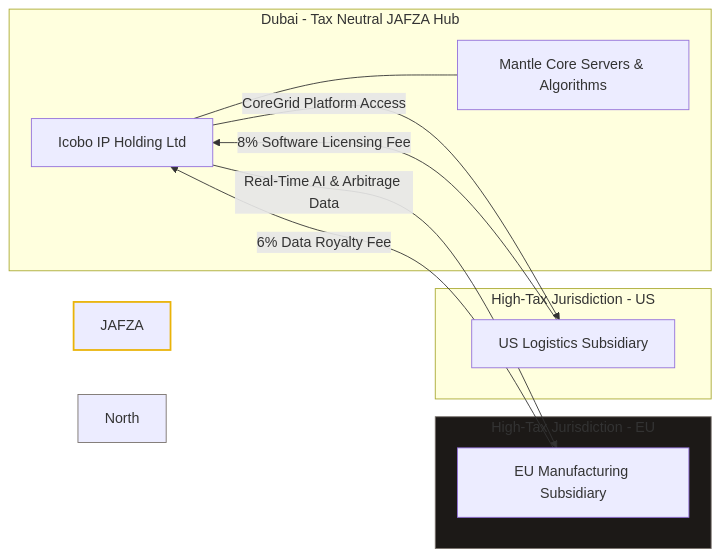
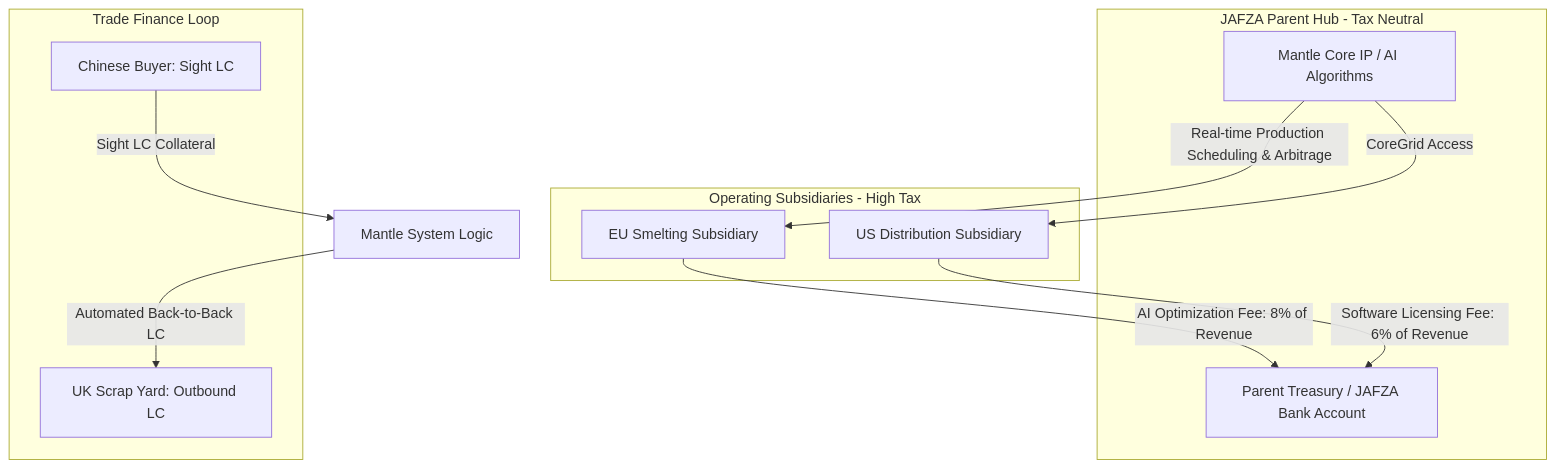
One commit to salmanfaris732732-dev/Mantle- changed the third of 3 diagrams in Mantle_Project_Report.md. Above: the diagram before and after it, drawn with Mermaid. The commit also changed other lines of this file, not shown here.

Commit message:
Completely rewrite and expand Mantle Project Report with full operational and financial data

````diff
--- a/Mantle_Project_Report.md
+++ b/Mantle_Project_Report.md
@@ -183,24 +212,28 @@
 ```mermaid
-graph LR
-    subgraph JAFZA Hub [Dubai - Tax Neutral JAFZA Hub]
-        HQ[Icobo IP Holding Ltd]
-        Server[Mantle Core Servers & Algorithms]
-        HQ --- Server
+graph TD
+    %% Define Nodes
+    subgraph JAFZA [JAFZA Parent Hub - Tax Neutral]
+        IP[Mantle Core IP / AI Algorithms]
+        Bank[Parent Treasury / JAFZA Bank Account]
     end
 
-    subgraph Europe [High-Tax Jurisdiction - EU]
-        Sub1[EU Manufacturing Subsidiary]
-        Sub1 -->|6% Data Royalty Fee| HQ
-        HQ -->|Real-Time AI & Arbitrage Data| Sub1
+    subgraph HighTax [Operating Subsidiaries - High Tax]
+        Sub1[EU Smelting Subsidiary]
+        Sub2[US Distribution Subsidiary]
     end
 
-    subgraph North America [High-Tax Jurisdiction - US]
-        Sub2[US Logistics Subsidiary]
-        Sub2 -->|8% Software Licensing Fee| HQ
-        HQ -->|CoreGrid Platform Access| Sub2
+    subgraph SupplierBuyer [Trade Finance Loop]
+        Buyer[Chinese Buyer: Sight LC]
+        Supplier[UK Scrap Yard: Outbound LC]
     end
-    
-    style JAFZA Hub fill:#122030,stroke:#eab308,stroke-width:2px;
-    style Europe fill:#1c1917,stroke:#78716c,stroke-width:1px;
-    style North America fill:#1c1917,stroke:#78716c,stroke-width:1px;
+
+    %% Data Transfer Pricing Flow
+    Sub1 -->|AI Optimization Fee: 8% of Revenue| Bank
+    Sub2 -->|Software Licensing Fee: 6% of Revenue| Bank
+    IP -->|Real-time Production Scheduling & Arbitrage| Sub1
+    IP -->|CoreGrid Access| Sub2
+
+    %% Trade Finance Flow
+    Buyer -->|Sight LC Collateral| MantleSystem[Mantle System Logic]
+    MantleSystem -->|Automated Back-to-Back LC| Supplier
 ```
````
